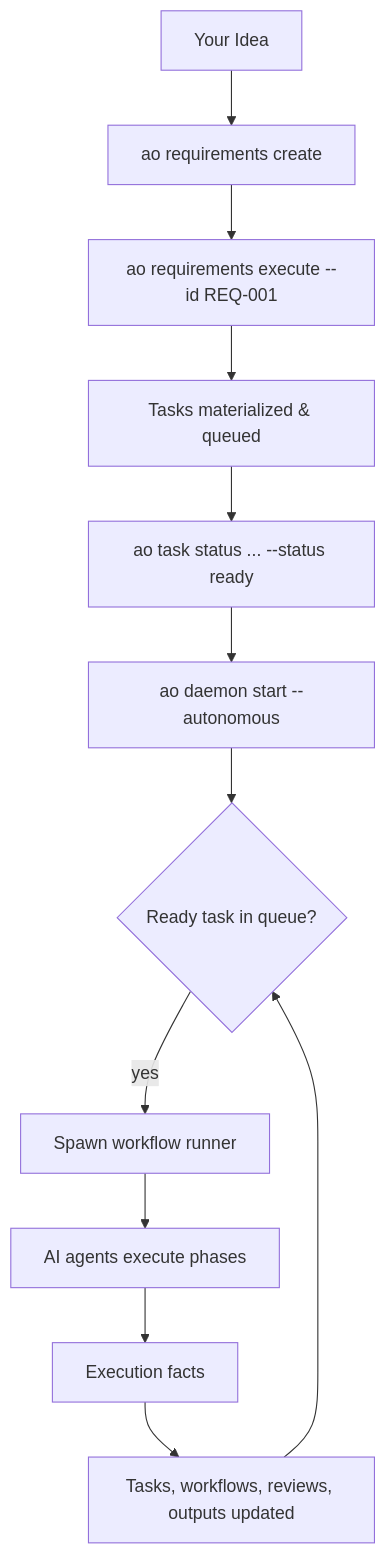
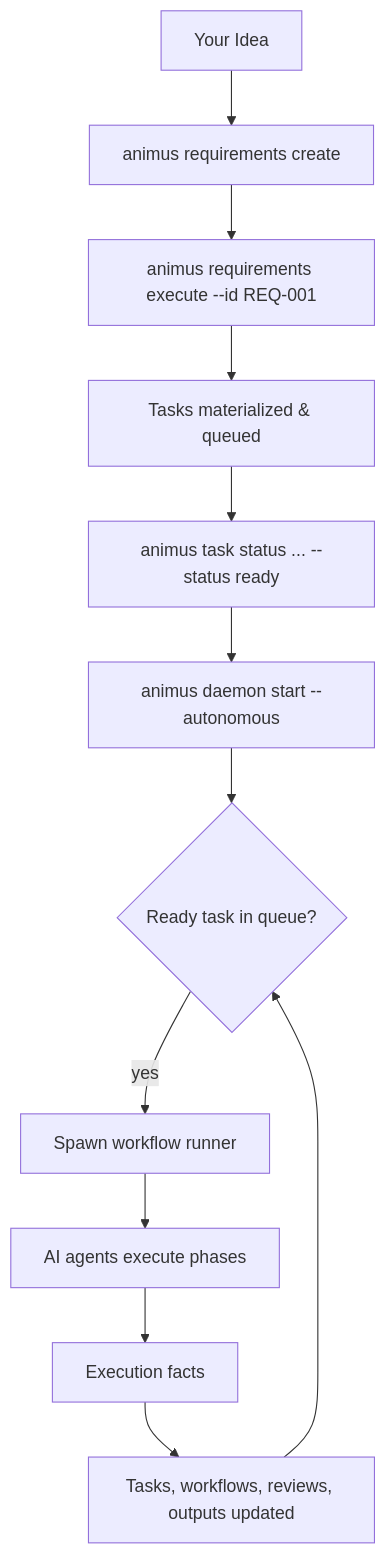
One commit to renakdata17/animus-cli changed the diagram in docs/getting-started/typical-day.md. Above: the diagram before and after it, drawn with Mermaid. The commit also changed other lines of this file and 45 other files, not shown here.

Commit message:
feat: add template-driven animus init flow

````diff
--- a/docs/getting-started/typical-day.md
+++ b/docs/getting-started/typical-day.md
@@ -7,16 +7,16 @@
 ```mermaid
 flowchart TB
     IDEA["Your Idea"]
-    --> REQ["ao requirements create"]
-    --> EXECUTE["ao requirements execute --id REQ-001"]
+    --> REQ["animus requirements create"]
+    --> EXECUTE["animus requirements execute --id REQ-001"]
     --> TASKS["Tasks materialized & queued"]
-    --> READY["ao task status ... --status ready"]
-    --> DAEMON["ao daemon start --autonomous"]
+    --> READY["animus task status ... --status ready"]
+    --> DAEMON["animus daemon start --autonomous"]
 
     DAEMON --> LOOP{"Ready task in queue?"}
     LOOP -->|"yes"| WORKFLOW["Spawn workflow runner"]
     WORKFLOW --> RUNNER["AI agents execute phases"]
     RUNNER --> FACTS["Execution facts"]
     FACTS --> STATE["Tasks, workflows, reviews, outputs updated"]
     STATE --> LOOP
 ```
````
